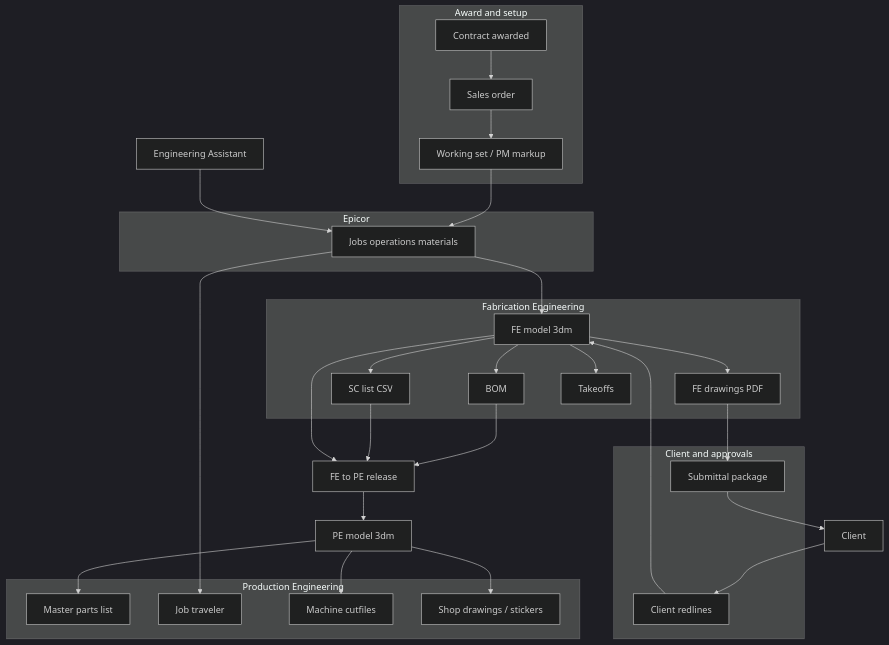
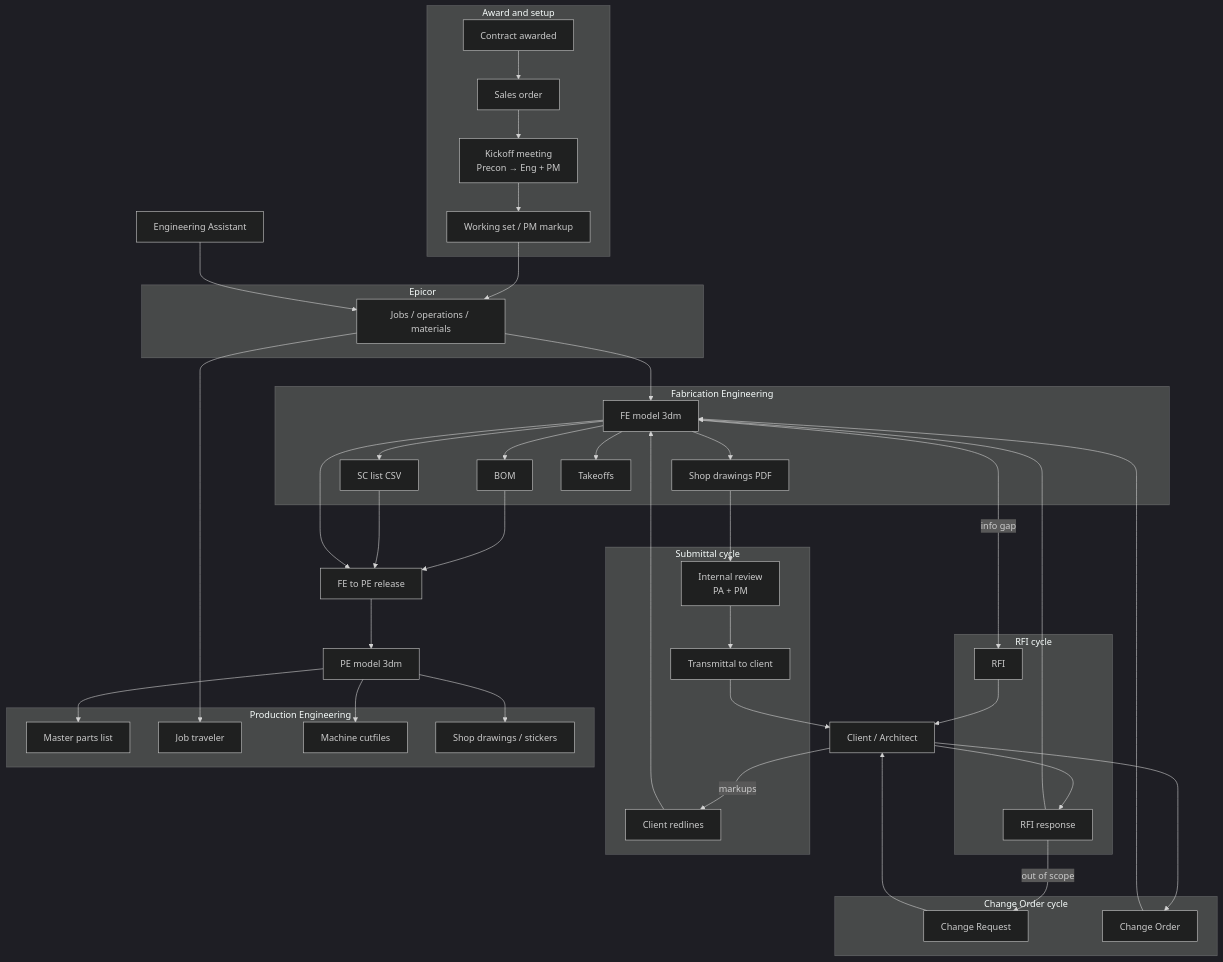
Before and after one commit to cwka-engineering/cwka-engineering.github.io: the first of 4 diagrams in onboarding/project-delivery.md, drawn with Mermaid (dark theme).

Commit message:
Expand artifact flow diagram with RFI, CR/CO, and submittal cycles
- Add kickoff meeting node (Precon → Eng + PM handoff) to award subgraph
- Replace flat clientLoop with three distinct client-facing subgraphs:
    RFI cycle: FE identifies info gap → RFI → client response → model update
    Change Order cycle: out-of-scope RFI response → CR → CO → FE amends
    Submittal cycle: drawings → internal PA/PM review → transmittal → client markups → FE revises
- Rename FED label to Shop drawings PDF

````diff
--- a/onboarding/project-delivery.md
+++ b/onboarding/project-delivery.md
@@ -20,51 +20,78 @@
 ```mermaid
 flowchart TB
   subgraph award [Award and setup]
     CA[Contract awarded]
     SO[Sales order]
+    KO[Kickoff meeting<br/>Precon → Eng + PM]
     WS[Working set / PM markup]
   end
-  CA --> SO
-  SO --> WS
+  CA --> SO --> KO --> WS
+
   subgraph epicorSys [Epicor]
-    EJ[Jobs operations materials]
+    EJ[Jobs / operations / materials]
   end
   WS --> EJ
   EA[Engineering Assistant]
   EA --> EJ
+
   subgraph fe [Fabrication Engineering]
     FEM[FE model 3dm]
-    FED[FE drawings PDF]
+    FED[Shop drawings PDF]
     BOM[BOM]
     SC[SC list CSV]
     TO[Takeoffs]
   end
   EJ --> FEM
+  FEM --> FED
   FEM --> BOM
-  FEM --> FED
   FEM --> SC
   FEM --> TO
-  subgraph clientLoop [Client and approvals]
-    SUB[Submittal package]
-    AR[Client redlines]
+
+  CLIENT[Client / Architect]
+
+  subgraph rfiCycle [RFI cycle]
+    RFI[RFI]
+    RFIR[RFI response]
   end
-  FED --> SUB
-  SUB --> CLIENT[Client]
-  CLIENT --> AR
-  AR --> FEM
+  FEM -->|info gap| RFI
+  RFI --> CLIENT
+  CLIENT --> RFIR
+  RFIR --> FEM
+
+  subgraph coCycle [Change Order cycle]
+    CR[Change Request]
+    CO[Change Order]
+  end
+  RFIR -->|out of scope| CR
+  CR --> CLIENT
+  CLIENT --> CO
+  CO --> FEM
+
+  subgraph submittalCycle [Submittal cycle]
+    INT[Internal review<br/>PA + PM]
+    TRN[Transmittal to client]
+    ARL[Client redlines]
+  end
+  FED --> INT
+  INT --> TRN
+  TRN --> CLIENT
+  CLIENT -->|markups| ARL
+  ARL --> FEM
+
   FEPE[FE to PE release]
   BOM --> FEPE
   SC --> FEPE
   FEM --> FEPE
   FEPE --> PEM[PE model 3dm]
+
   subgraph pe [Production Engineering]
     MPL[Master parts list]
     JT[Job traveler]
     CF[Machine cutfiles]
     SHOP[Shop drawings / stickers]
   end
   PEM --> MPL
   PEM --> CF
   PEM --> SHOP
   EJ --> JT
 ```
````
